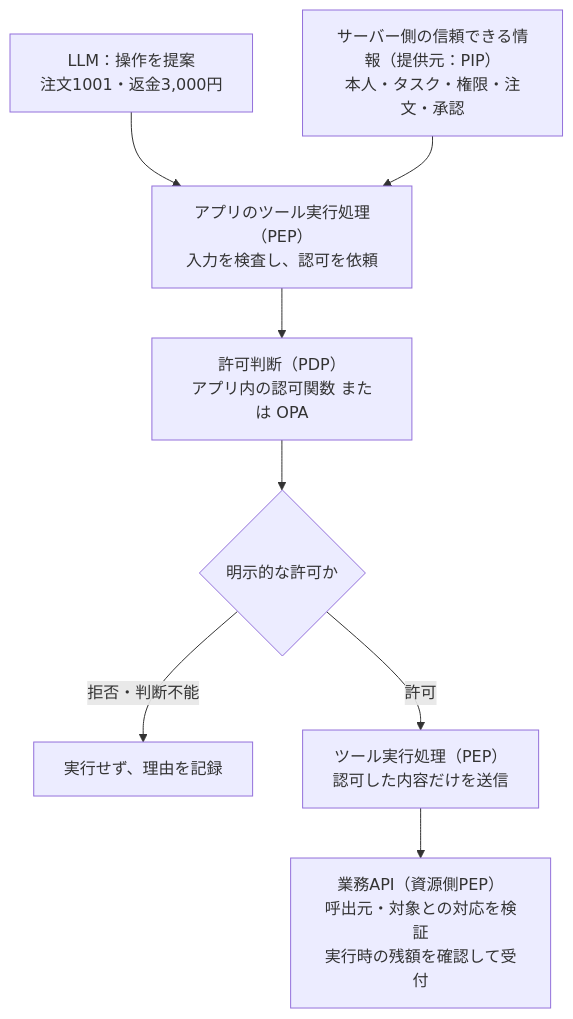
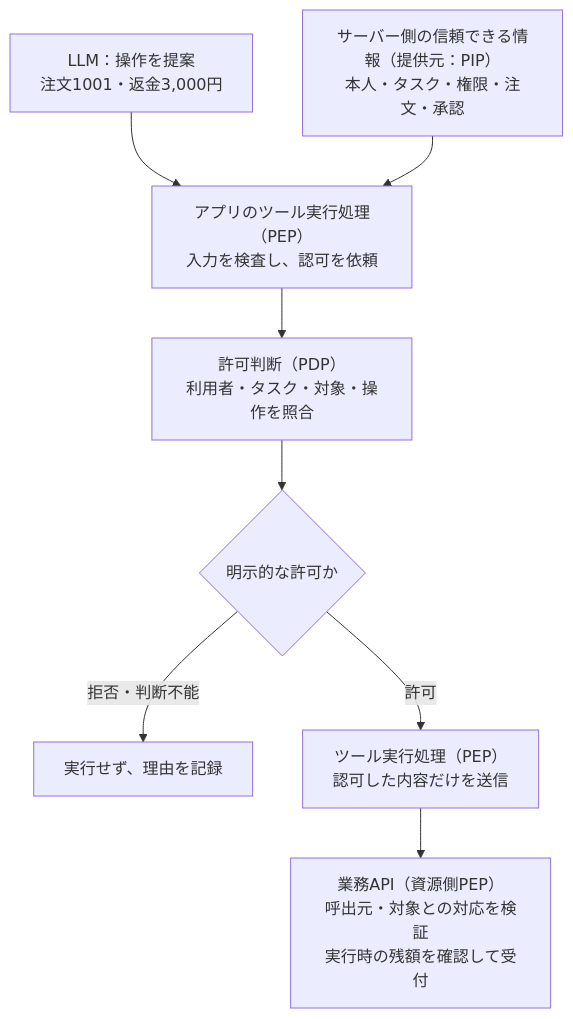
Before and after one commit to DharmaDoll/ai-security-foundry: the diagram in engineering/domains/agents/secure-tool-execution/implementation-notes.md, drawn with Mermaid. The commit also changed other lines of this file and 5 other files, not shown here.

````diff
--- a/engineering/domains/agents/secure-tool-execution/implementation-notes.md
+++ b/engineering/domains/agents/secure-tool-execution/implementation-notes.md
@@ -17,10 +18,10 @@
 ```mermaid
 flowchart TD
     model["LLM：操作を提案<br/>注文1001・返金3,000円"] --> handler["アプリのツール実行処理（PEP）<br/>入力を検査し、認可を依頼"]
     facts["サーバー側の信頼できる情報（提供元：PIP）<br/>本人・タスク・権限・注文・承認"] --> handler
-    handler --> judge["許可判断（PDP）<br/>アプリ内の認可関数 または OPA"]
+    handler --> judge["許可判断（PDP）<br/>利用者・タスク・対象・操作を照合"]
     judge --> decision{"明示的な許可か"}
     decision -->|"拒否・判断不能"| stop["実行せず、理由を記録"]
     decision -->|"許可"| execute["ツール実行処理（PEP）<br/>認可した内容だけを送信"]
     execute --> api["業務API（資源側PEP）<br/>呼出元・対象との対応を検証<br/>実行時の残額を確認して受付"]
 ```
````
